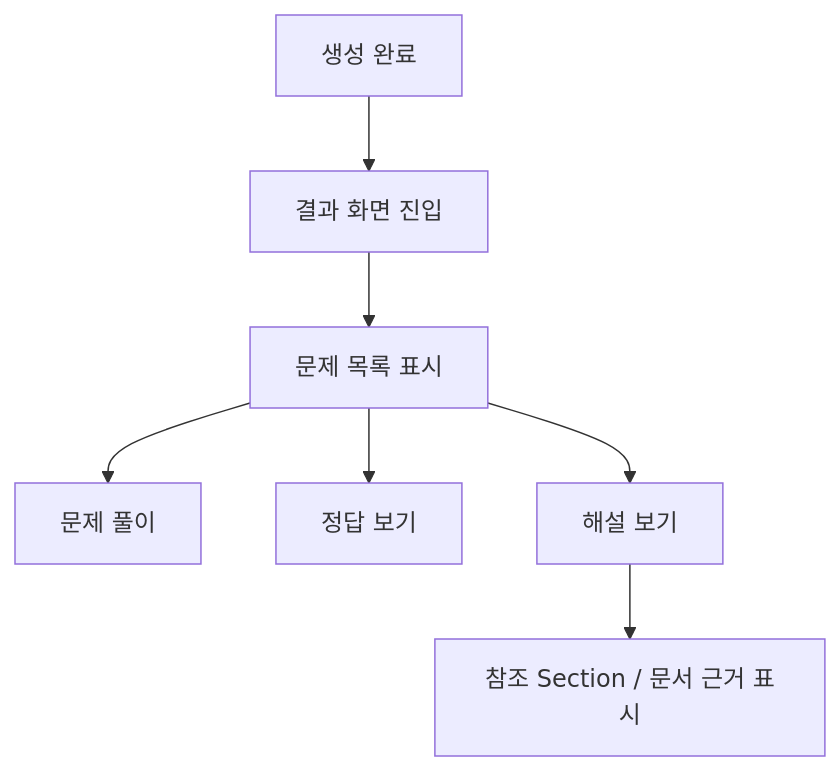
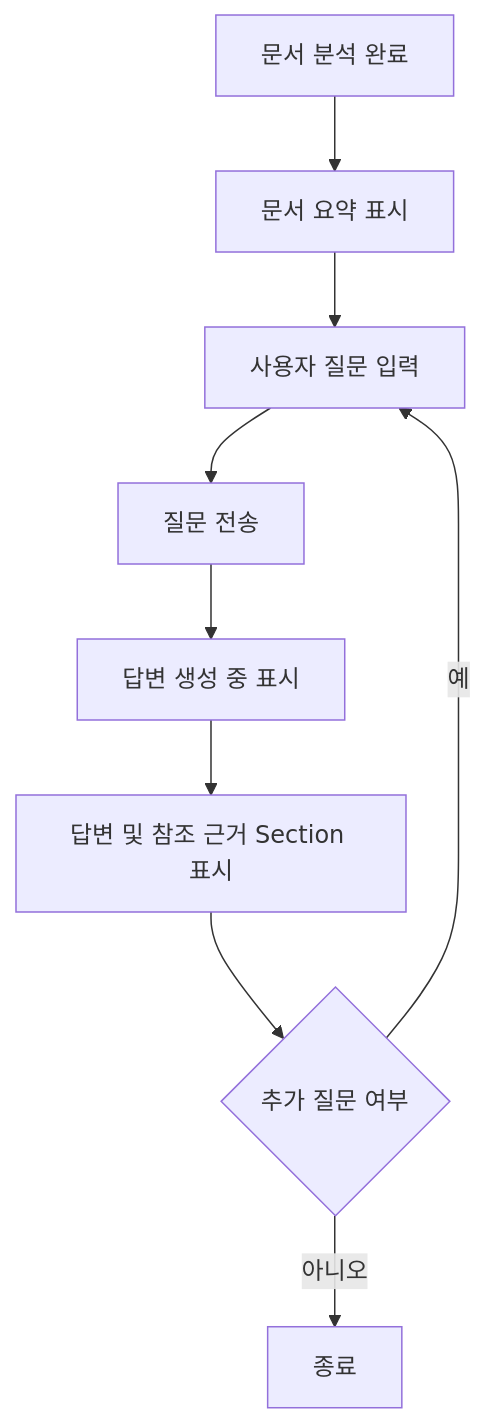
One commit to gitjs523/GPT_CapstoneDesign changed the eighth of 10 diagrams in docs/flow-chart.md. Above: the diagram before and after it, drawn with Mermaid. The commit also changed other lines of this file and 22 other files, not shown here.

````diff
--- a/docs/flow-chart.md
+++ b/docs/flow-chart.md
@@ -294,9 +502,11 @@
 ```mermaid
 flowchart TD
-    A[생성 완료] --> B[결과 화면 진입]
-    B --> C[문제 목록 표시]
-    C --> D[문제 풀이]
-    C --> E[정답 보기]
-    C --> F[해설 보기]
-    F --> G[참조 Section / 문서 근거 표시]
+    A[문서 분석 완료] --> B[문서 요약 표시]
+    B --> C[사용자 질문 입력]
+    C --> D[질문 전송]
+    D --> E[답변 생성 중 표시]
+    E --> F[답변 및 참조 근거 Section 표시]
+    F --> G{추가 질문 여부}
+    G -- 예 --> C
+    G -- 아니오 --> H[종료]
 ```
````
